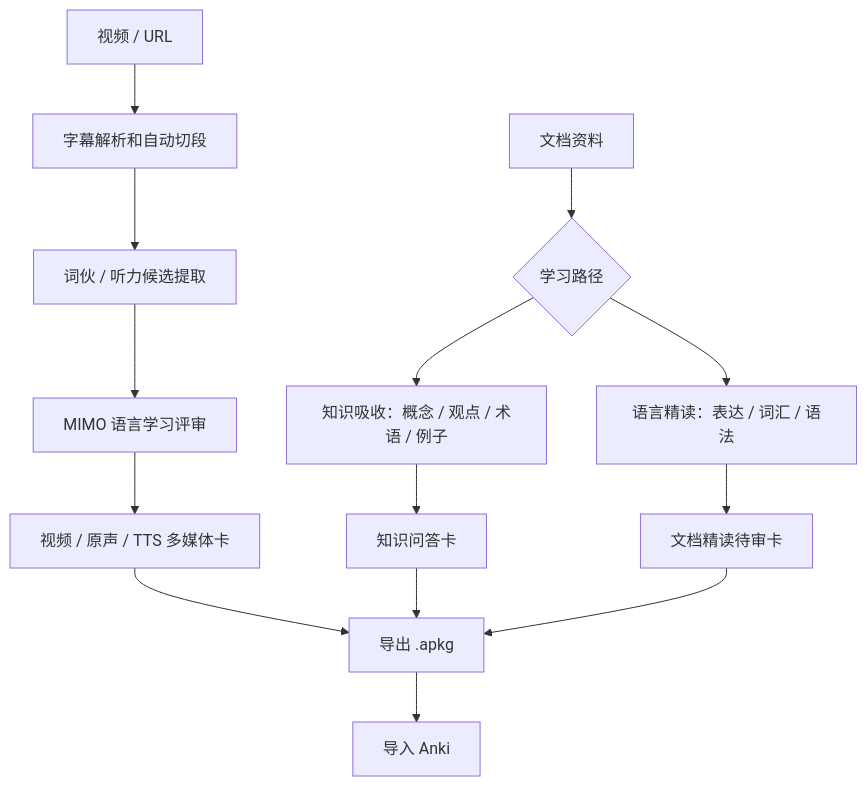
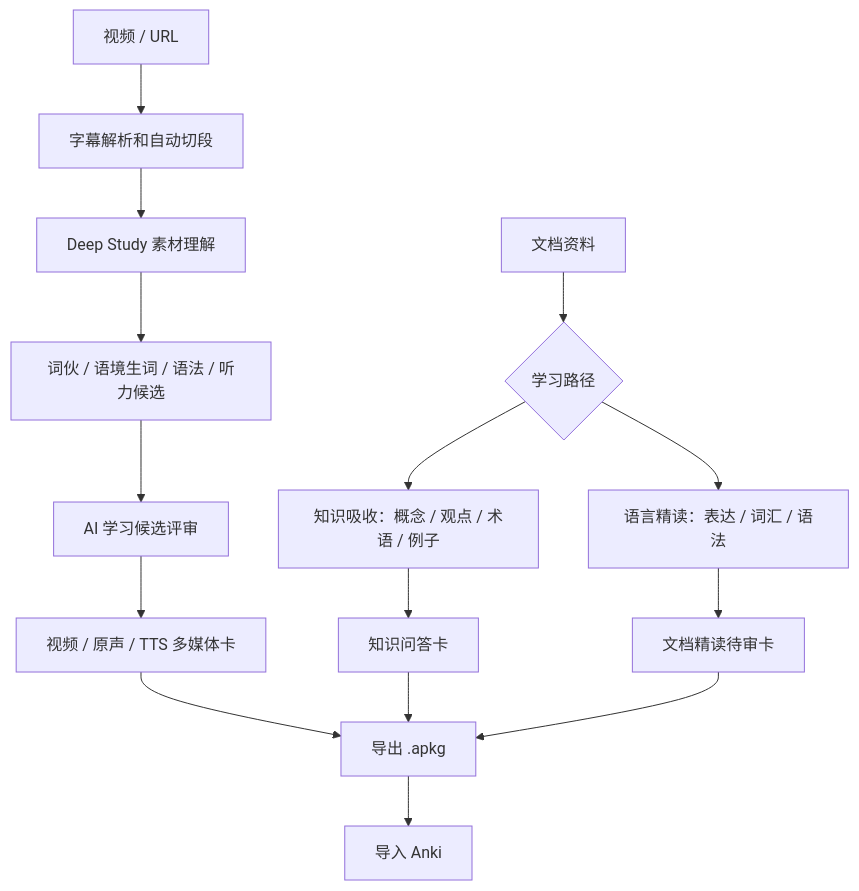
One commit to zixuanzhou0-ai/Anki-card-generator changed the diagram in README.md. Above: the diagram before and after it, drawn with Mermaid. The commit also changed other lines of this file and 23 other files, not shown here.

Commit message:
Add Deep Study contextual vocabulary flow

````diff
--- a/README.md
+++ b/README.md
@@ -41,18 +43,19 @@
 ```mermaid
 flowchart TB
   A["视频 / URL"] --> B["字幕解析和自动切段"]
-  B --> C["词伙 / 听力候选提取"]
-  C --> D["MIMO 语言学习评审"]
-  D --> E["视频 / 原声 / TTS 多媒体卡"]
+  B --> C["Deep Study 素材理解"]
+  C --> D["词伙 / 语境生词 / 语法 / 听力候选"]
+  D --> E["AI 学习候选评审"]
+  E --> N["视频 / 原声 / TTS 多媒体卡"]
 
   F["文档资料"] --> G{"学习路径"}
   G --> H["知识吸收：概念 / 观点 / 术语 / 例子"]
   G --> I["语言精读：表达 / 词汇 / 语法"]
   H --> J["知识问答卡"]
   I --> K["文档精读待审卡"]
 
-  E --> L["导出 .apkg"]
+  N --> L["导出 .apkg"]
   J --> L
   K --> L
   L --> M["导入 Anki"]
 ```
````
